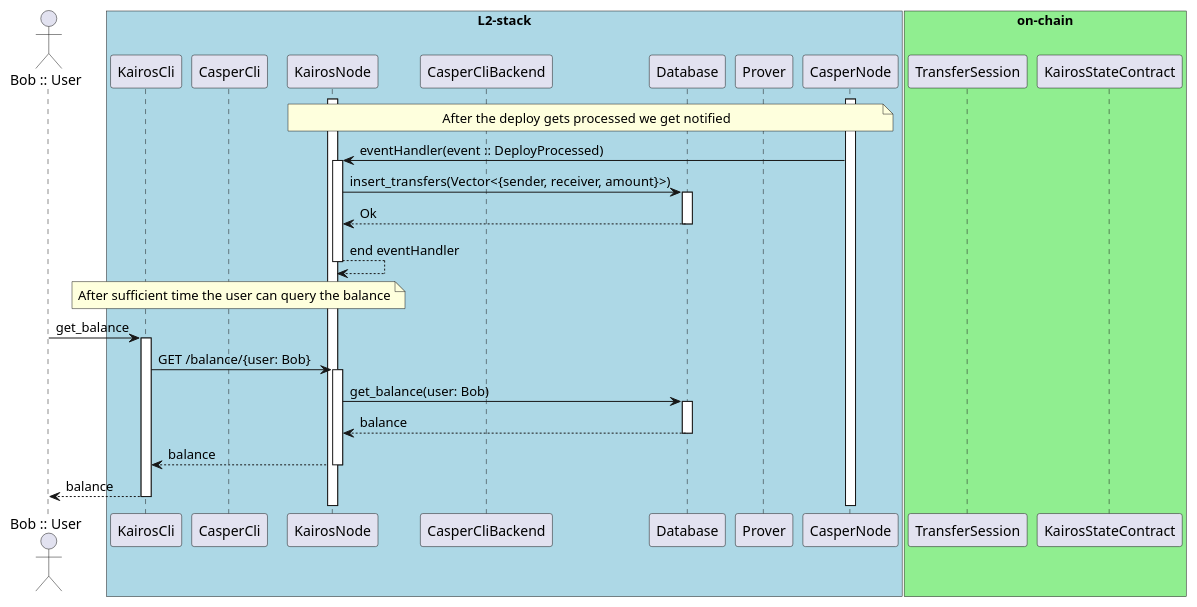
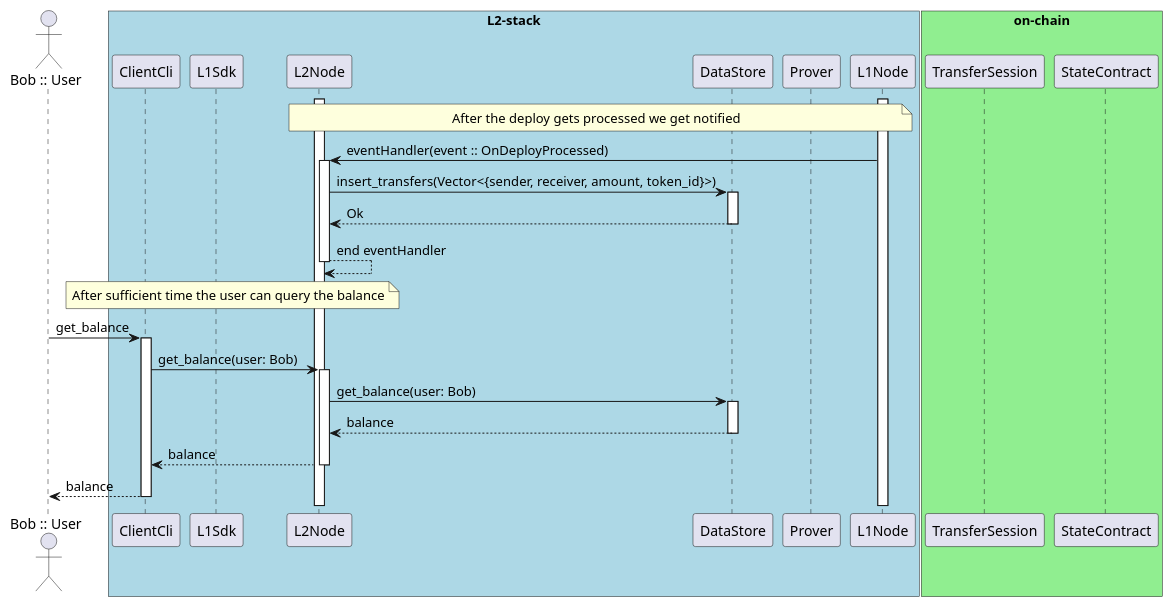
The diagram in diagrams/transfer_sequence_diagram_notify_l2.puml (cspr-rad/kairos-spec), drawn with PlantUML before and after one commit. The commit also changed 6 other files, not shown here.

Commit message:
diagrams: update

```diff
--- a/diagrams/transfer_sequence_diagram_notify_l2.puml
+++ b/diagrams/transfer_sequence_diagram_notify_l2.puml
@@ -1,41 +1,40 @@
 @startuml
 autoactivate on
 actor "Bob :: User" as Bob
 box "L2-stack" #LightBlue
-participant KairosCli
-participant CasperCli
-participant KairosNode
-participant CasperCliBackend
-participant Database
+participant ClientCli
+participant L1Sdk
+participant L2Node
+participant DataStore
 participant Prover
-participant CasperNode
+participant L1Node
 end box
 box "on-chain" #LightGreen
 participant TransferSession
-participant KairosStateContract
+participant StateContract
 end box
 
-activate CasperNode
-activate KairosNode
+activate L1Node
+activate L2Node
 
-note over CasperNode, KairosNode
+note over L1Node, L2Node
 After the deploy gets processed we get notified
 end note
 
-CasperNode -> KairosNode: eventHandler(event :: DeployProcessed)
-KairosNode -> Database: insert_transfers(Vector<{sender, receiver, amount}>)
-Database --> KairosNode: Ok
-KairosNode --> KairosNode: end eventHandler
+L1Node -> L2Node: eventHandler(event :: OnDeployProcessed)
+L2Node -> DataStore: insert_transfers(Vector<{sender, receiver, amount, token_id}>)
+DataStore --> L2Node: Ok
+L2Node --> L2Node: end eventHandler
 
-note over KairosCli, KairosNode
+note over ClientCli, L2Node
 After sufficient time the user can query the balance
 end note
-Bob -> KairosCli: get_balance
-KairosCli -> KairosNode: GET /balance/{user: Bob}
-KairosNode -> Database: get_balance(user: Bob)
-Database --> KairosNode: balance
-KairosNode --> KairosCli: balance
-KairosCli --> Bob: balance
+Bob -> ClientCli: get_balance
+ClientCli -> L2Node: get_balance(user: Bob)
+L2Node -> DataStore: get_balance(user: Bob)
+DataStore --> L2Node: balance
+L2Node --> ClientCli: balance
+ClientCli --> Bob: balance
 
 
 @enduml
```
